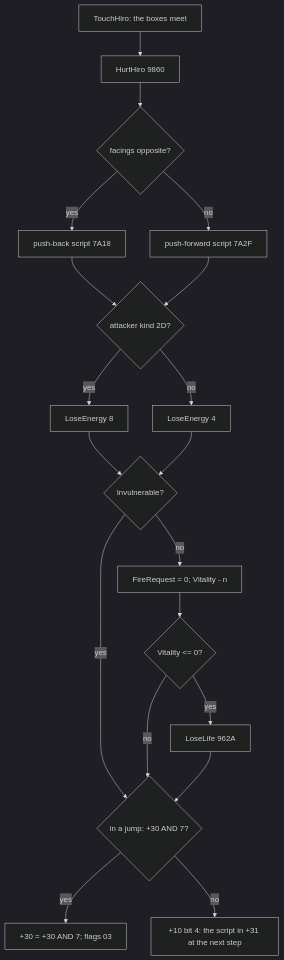
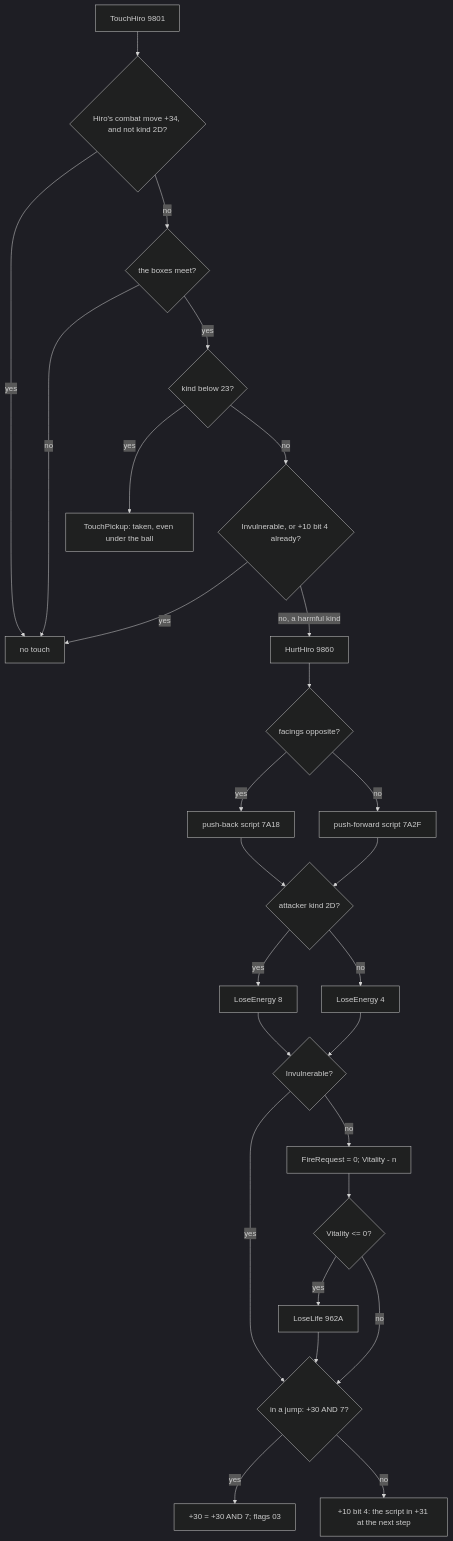
The eighth of 15 diagrams in games/switchblade/docs/10-gameplay-logic.md (alfishe/unrealng-reverse-cases), drawn with Mermaid (dark theme) before and after one commit. The commit also changed other lines of this file and 54 other files, not shown here.

````diff
--- a/games/switchblade/docs/10-gameplay-logic.md
+++ b/games/switchblade/docs/10-gameplay-logic.md
@@ -1210,21 +1309,29 @@
 ```mermaid
 flowchart TD
-    T["TouchHiro: the boxes meet"] --> H["HurtHiro 9860"]
+    T0["TouchHiro 9801"] --> CM{"Hiro's combat move +34, and not kind 2D?"}
+    CM -->|"yes"| NO["no touch"]
+    CM -->|"no"| T{"the boxes meet?"}
+    T -->|"no"| NO
+    T -->|"yes"| PK{"kind below 23?"}
+    PK -->|"yes"| TP["TouchPickup: taken, even under the ball"]
+    PK -->|"no"| IV{"Invulnerable, or +10 bit 4 already?"}
+    IV -->|"yes"| NO
+    IV -->|"no, a harmful kind"| H["HurtHiro 9860"]
     H --> F{"facings opposite?"}
     F -->|"yes"| S1["push-back script 7A18"]
     F -->|"no"| S2["push-forward script 7A2F"]
     S1 --> D{"attacker kind 2D?"}
     S2 --> D
     D -->|"yes"| D8["LoseEnergy 8"]
     D -->|"no"| D4["LoseEnergy 4"]
     D8 --> LE{"Invulnerable?"}
     D4 --> LE
     LE -->|"yes"| J
     LE -->|"no"| V["FireRequest = 0; Vitality - n"]
     V --> Z{"Vitality <= 0?"}
     Z -->|"yes"| LL["LoseLife 962A"]
     Z -->|"no"| J{"in a jump: +30 AND 7?"}
     LL --> J
     J -->|"yes"| K["+30 = +30 AND 7; flags 03"]
     J -->|"no"| B["+10 bit 4: the script in +31 at the next step"]
 ```
````
